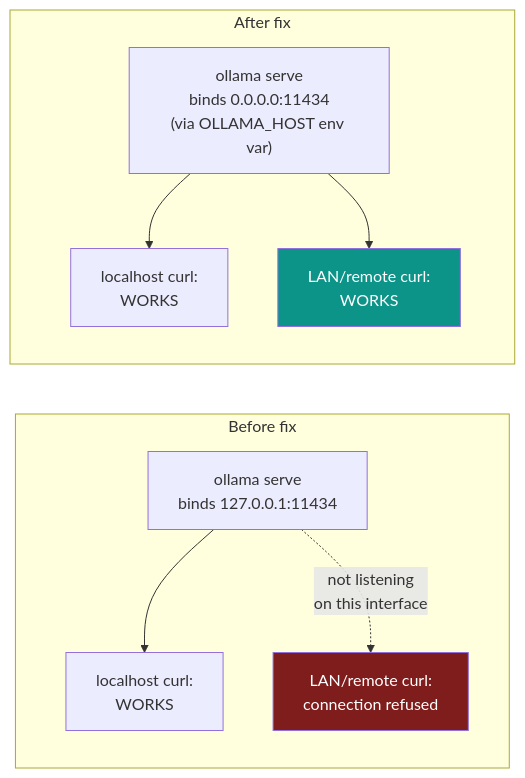
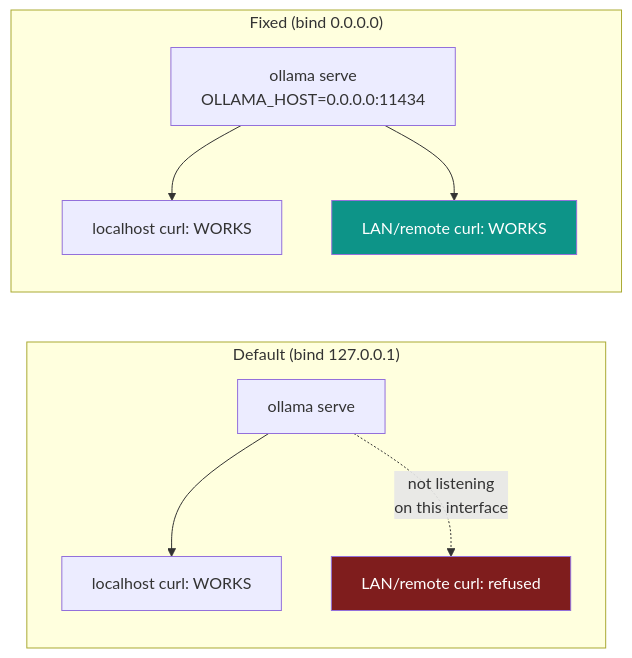
One commit to nagarjunr/developers-guide changed the fourth of 5 diagrams in genai/tailscale-ollama-homeassistant-bridging.md. Above: the diagram before and after it, drawn with Mermaid. The commit also changed other lines of this file, not shown here.

````diff
--- a/genai/tailscale-ollama-homeassistant-bridging.md
+++ b/genai/tailscale-ollama-homeassistant-bridging.md
@@ -232,19 +203,19 @@
 ```mermaid
 flowchart LR
-    subgraph Before["Before fix"]
-        O1["ollama serve<br/>binds 127.0.0.1:11434"]
-        L1["localhost curl:<br/>WORKS"]
-        R1["LAN/remote curl:<br/>connection refused"]
+    subgraph Before["Default (bind 127.0.0.1)"]
+        O1["ollama serve"]
+        L1["localhost curl: WORKS"]
+        R1["LAN/remote curl: refused"]
         O1 --> L1
         O1 -.->|"not listening<br/>on this interface"| R1
     end
-    subgraph After["After fix"]
-        O2["ollama serve<br/>binds 0.0.0.0:11434<br/>(via OLLAMA_HOST env var)"]
-        L2["localhost curl:<br/>WORKS"]
-        R2["LAN/remote curl:<br/>WORKS"]
+    subgraph After["Fixed (bind 0.0.0.0)"]
+        O2["ollama serve<br/>OLLAMA_HOST=0.0.0.0:11434"]
+        L2["localhost curl: WORKS"]
+        R2["LAN/remote curl: WORKS"]
         O2 --> L2
         O2 --> R2
     end
     style R1 fill:#7f1d1d,color:#fff
     style R2 fill:#0d9488,color:#fff
 ```
````
